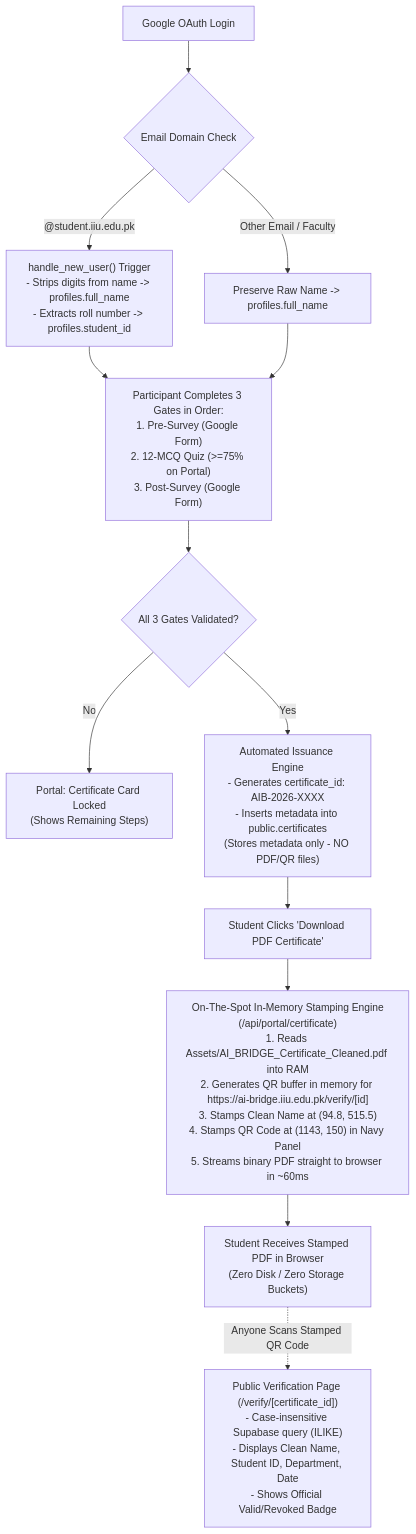
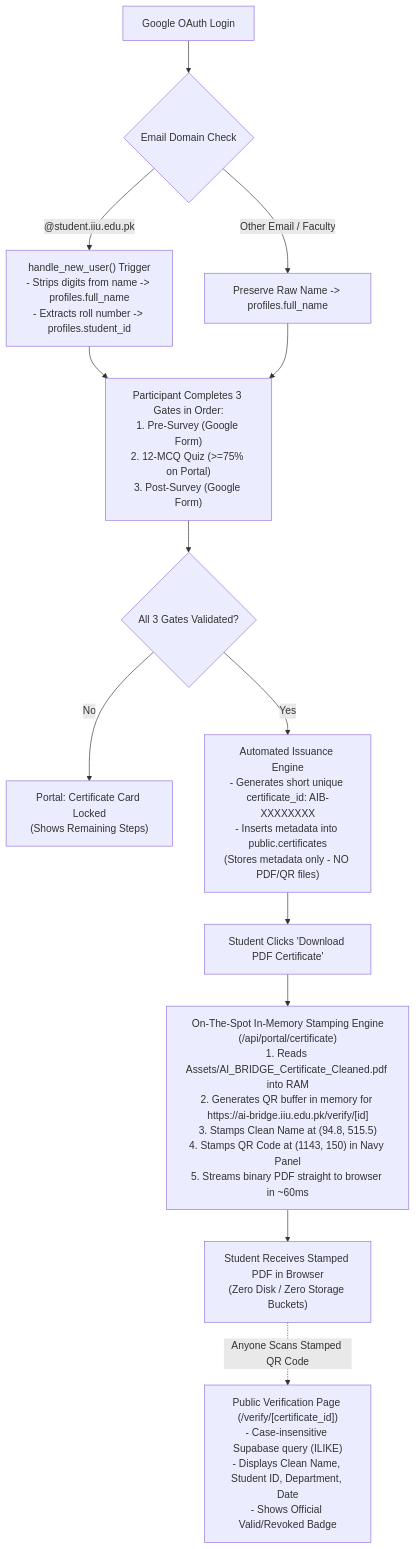
Before and after one commit to aibridgeiiuifms/AI-Bridge: the diagram in Documentation/Certification/CERTIFICATION_SYSTEM_ANALYSIS_AND_SPECIFICATION_V2.md, drawn with Mermaid. The commit also changed other lines of this file and 6 other files, not shown here.

````diff
--- a/Documentation/Certification/CERTIFICATION_SYSTEM_ANALYSIS_AND_SPECIFICATION_V2.md
+++ b/Documentation/Certification/CERTIFICATION_SYSTEM_ANALYSIS_AND_SPECIFICATION_V2.md
@@ -55,21 +55,21 @@
 ```mermaid
 flowchart TD
     A[Google OAuth Login] --> B{"Email Domain Check"}
     B -- "@student.iiu.edu.pk" --> C["handle_new_user() Trigger\n- Strips digits from name -> profiles.full_name\n- Extracts roll number -> profiles.student_id"]
     B -- "Other Email / Faculty" --> D["Preserve Raw Name -> profiles.full_name"]
     
     C & D --> E["Participant Completes 3 Gates in Order:\n1. Pre-Survey (Google Form)\n2. 12-MCQ Quiz (>=75% on Portal)\n3. Post-Survey (Google Form)"]
     
     E --> F{"All 3 Gates Validated?"}
     F -- No --> G["Portal: Certificate Card Locked\n(Shows Remaining Steps)"]
     
-    F -- Yes --> H["Automated Issuance Engine\n- Generates certificate_id: AIB-2026-XXXX\n- Inserts metadata into public.certificates\n(Stores metadata only - NO PDF/QR files)"]
+    F -- Yes --> H["Automated Issuance Engine\n- Generates short unique certificate_id: AIB-XXXXXXXX\n- Inserts metadata into public.certificates\n(Stores metadata only - NO PDF/QR files)"]
     
     H --> I["Student Clicks 'Download PDF Certificate'"]
     
     I --> J["On-The-Spot In-Memory Stamping Engine\n(/api/portal/certificate)\n1. Reads Assets/AI_BRIDGE_Certificate_Cleaned.pdf into RAM\n2. Generates QR buffer in memory for https://ai-bridge.iiu.edu.pk/verify/[id]\n3. Stamps Clean Name at (94.8, 515.5)\n4. Stamps QR Code at (1143, 150) in Navy Panel\n5. Streams binary PDF straight to browser in ~60ms"]
     
     J --> K["Student Receives Stamped PDF in Browser\n(Zero Disk / Zero Storage Buckets)"]
     
     K -.->|Anyone Scans Stamped QR Code| L["Public Verification Page (/verify/[certificate_id])\n- Case-insensitive Supabase query (ILIKE)\n- Displays Clean Name, Student ID, Department, Date\n- Shows Official Valid/Revoked Badge"]
 ```
````
